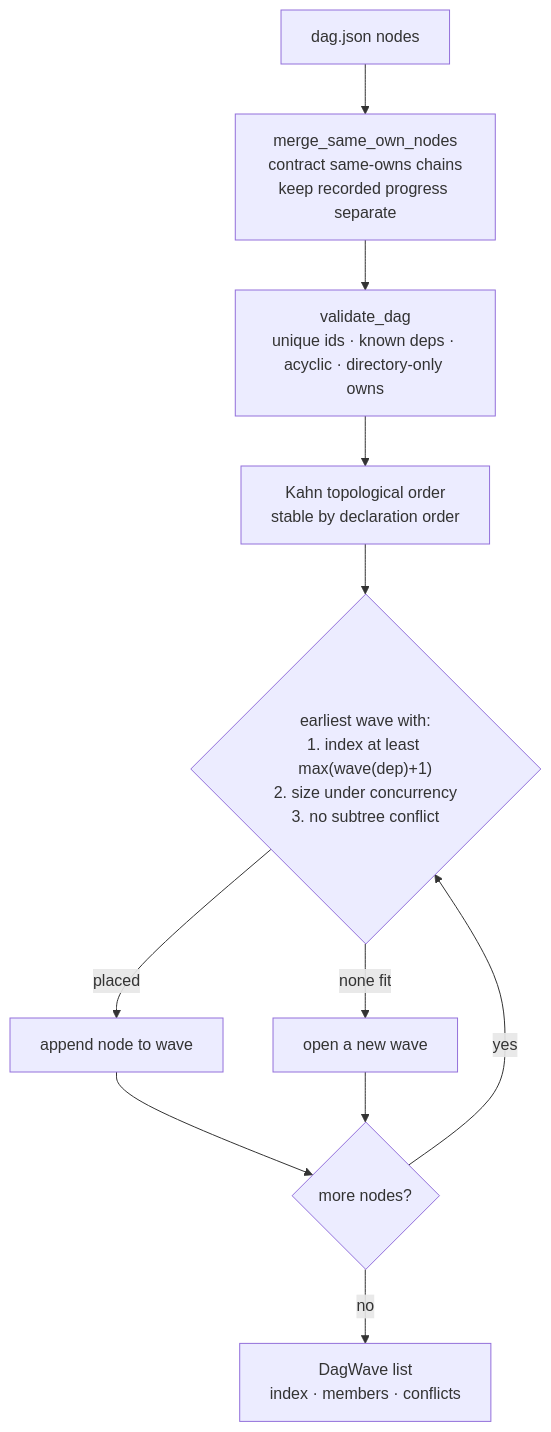
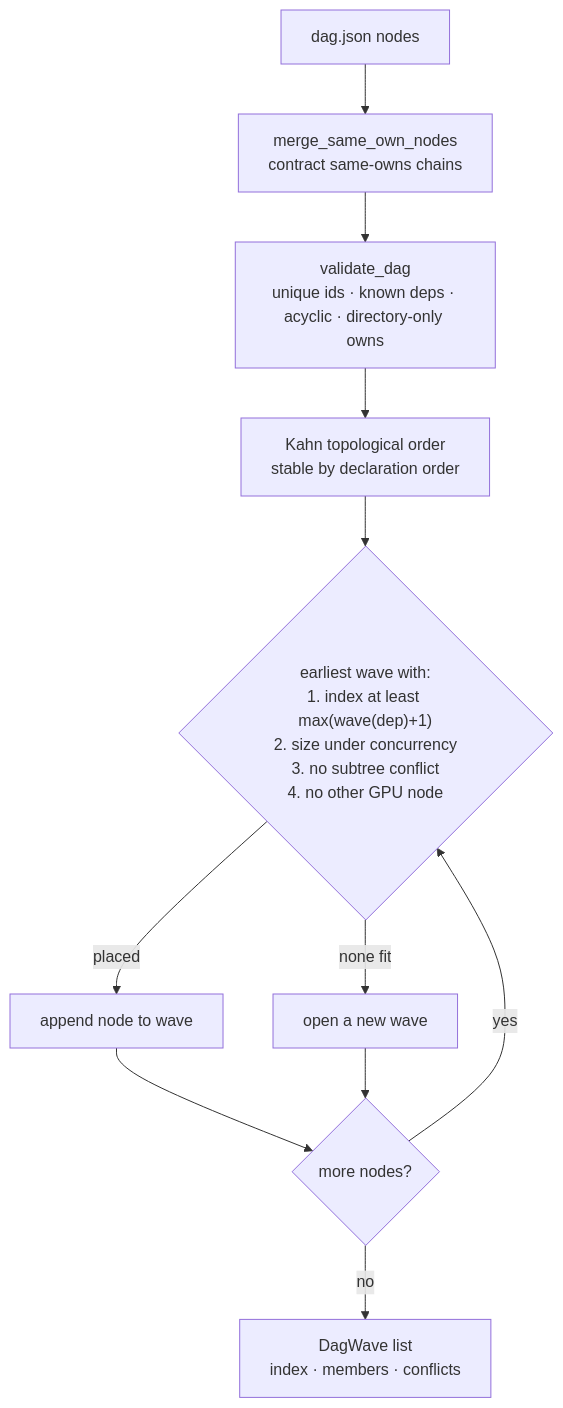
The fifth of 10 diagrams in docs/architecture.md (ming6ao/sliceme), drawn with Mermaid before and after one commit. The commit also changed other lines of this file and 77 other files, not shown here.

````diff
--- a/docs/architecture.md
+++ b/docs/architecture.md
@@ -233,13 +240,13 @@
 ```mermaid
 flowchart TD
-  D["dag.json nodes"] --> MERGE["merge_same_own_nodes<br/>contract same-owns chains<br/>keep recorded progress separate"]
+  D["dag.json nodes"] --> MERGE["merge_same_own_nodes<br/>contract same-owns chains"]
   MERGE --> VAL["validate_dag<br/>unique ids · known deps · acyclic · directory-only owns"]
   VAL --> TOPO["Kahn topological order<br/>stable by declaration order"]
-  TOPO --> PICK{"earliest wave with:<br/>1. index at least max(wave(dep)+1)<br/>2. size under concurrency<br/>3. no subtree conflict"}
+  TOPO --> PICK{"earliest wave with:<br/>1. index at least max(wave(dep)+1)<br/>2. size under concurrency<br/>3. no subtree conflict<br/>4. no other GPU node"}
   PICK -- "placed" --> WAVE["append node to wave"]
   PICK -- "none fit" --> NEW["open a new wave"]
   WAVE --> MORE{"more nodes?"}
   NEW --> MORE
   MORE -- "yes" --> PICK
   MORE -- "no" --> OUT["DagWave list<br/>index · members · conflicts"]
 ```
````
